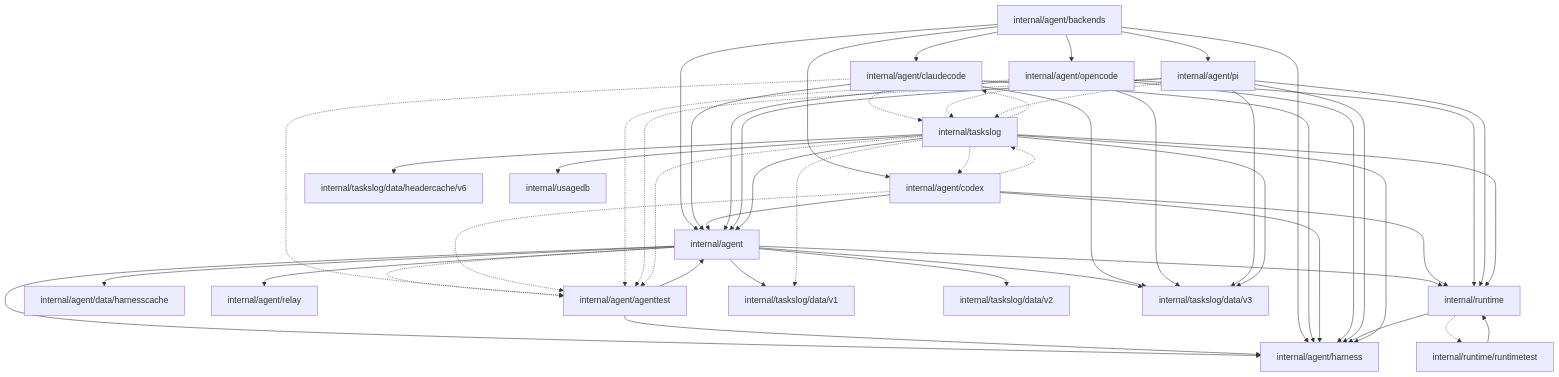
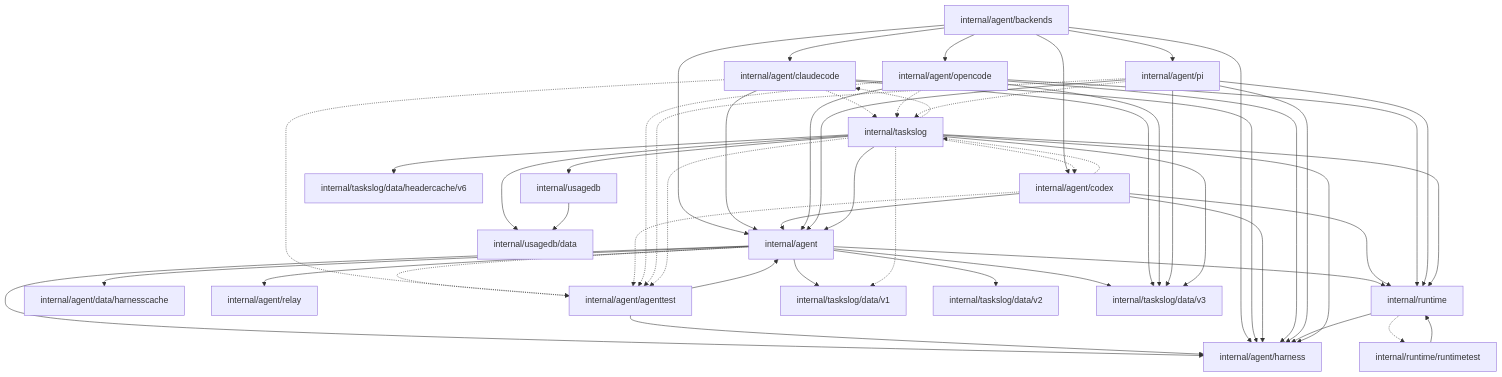
One commit to caic-xyz/caic changed the second of 3 diagrams in backend/docs/ARCHITECTURE.md. Above: the diagram before and after it, drawn with Mermaid. The commit also changed other lines of this file and 37 other files, not shown here.

````diff
--- a/backend/docs/ARCHITECTURE.md
+++ b/backend/docs/ARCHITECTURE.md
@@ -264,73 +273,76 @@
 ```mermaid
 graph TD
   pkg_internal_agent["internal/agent"]
   pkg_internal_agent_agenttest["internal/agent/agenttest"]
   pkg_internal_agent_backends["internal/agent/backends"]
   pkg_internal_agent_claudecode["internal/agent/claudecode"]
   pkg_internal_agent_codex["internal/agent/codex"]
   pkg_internal_agent_data_harnesscache["internal/agent/data/harnesscache"]
   pkg_internal_agent_harness["internal/agent/harness"]
   pkg_internal_agent_opencode["internal/agent/opencode"]
   pkg_internal_agent_pi["internal/agent/pi"]
   pkg_internal_agent_relay["internal/agent/relay"]
   pkg_internal_runtime["internal/runtime"]
   pkg_internal_runtime_runtimetest["internal/runtime/runtimetest"]
   pkg_internal_taskslog["internal/taskslog"]
   pkg_internal_taskslog_data_headercache_v6["internal/taskslog/data/headercache/v6"]
   pkg_internal_taskslog_data_v1["internal/taskslog/data/v1"]
   pkg_internal_taskslog_data_v2["internal/taskslog/data/v2"]
   pkg_internal_taskslog_data_v3["internal/taskslog/data/v3"]
   pkg_internal_usagedb["internal/usagedb"]
+  pkg_internal_usagedb_data["internal/usagedb/data"]
 
   pkg_internal_agent --> pkg_internal_agent_data_harnesscache
   pkg_internal_agent --> pkg_internal_agent_harness
   pkg_internal_agent --> pkg_internal_agent_relay
   pkg_internal_agent --> pkg_internal_runtime
   pkg_internal_agent --> pkg_internal_taskslog_data_v1
   pkg_internal_agent --> pkg_internal_taskslog_data_v2
   pkg_internal_agent --> pkg_internal_taskslog_data_v3
   pkg_internal_agent -.-> pkg_internal_agent_agenttest
   pkg_internal_agent_agenttest --> pkg_internal_agent
   pkg_internal_agent_agenttest --> pkg_internal_agent_harness
   pkg_internal_agent_backends --> pkg_internal_agent
   pkg_internal_agent_backends --> pkg_internal_agent_claudecode
   pkg_internal_agent_backends --> pkg_internal_agent_codex
   pkg_internal_agent_backends --> pkg_internal_agent_harness
   pkg_internal_agent_backends --> pkg_internal_agent_opencode
   pkg_internal_agent_backends --> pkg_internal_agent_pi
   pkg_internal_agent_claudecode --> pkg_internal_agent
   pkg_internal_agent_claudecode --> pkg_internal_agent_harness
   pkg_internal_agent_claudecode --> pkg_internal_taskslog_data_v3
   pkg_internal_agent_claudecode -.-> pkg_internal_agent_agenttest
   pkg_internal_agent_claudecode -.-> pkg_internal_taskslog
   pkg_internal_agent_codex --> pkg_internal_agent
   pkg_internal_agent_codex --> pkg_internal_agent_harness
   pkg_internal_agent_codex --> pkg_internal_runtime
   pkg_internal_agent_codex -.-> pkg_internal_agent_agenttest
   pkg_internal_agent_codex -.-> pkg_internal_taskslog
   pkg_internal_agent_opencode --> pkg_internal_agent
   pkg_internal_agent_opencode --> pkg_internal_agent_harness
   pkg_internal_agent_opencode --> pkg_internal_runtime
   pkg_internal_agent_opencode --> pkg_internal_taskslog_data_v3
   pkg_internal_agent_opencode -.-> pkg_internal_agent_agenttest
   pkg_internal_agent_opencode -.-> pkg_internal_taskslog
   pkg_internal_agent_pi --> pkg_internal_agent
   pkg_internal_agent_pi --> pkg_internal_agent_harness
   pkg_internal_agent_pi --> pkg_internal_runtime
   pkg_internal_agent_pi --> pkg_internal_taskslog_data_v3
   pkg_internal_agent_pi -.-> pkg_internal_agent_agenttest
   pkg_internal_agent_pi -.-> pkg_internal_taskslog
   pkg_internal_runtime --> pkg_internal_agent_harness
   pkg_internal_runtime -.-> pkg_internal_runtime_runtimetest
   pkg_internal_runtime_runtimetest --> pkg_internal_runtime
   pkg_internal_taskslog --> pkg_internal_agent
   pkg_internal_taskslog --> pkg_internal_agent_harness
   pkg_internal_taskslog --> pkg_internal_runtime
   pkg_internal_taskslog --> pkg_internal_taskslog_data_headercache_v6
   pkg_internal_taskslog --> pkg_internal_taskslog_data_v3
   pkg_internal_taskslog --> pkg_internal_usagedb
+  pkg_internal_taskslog --> pkg_internal_usagedb_data
   pkg_internal_taskslog -.-> pkg_internal_agent_agenttest
   pkg_internal_taskslog -.-> pkg_internal_agent_claudecode
   pkg_internal_taskslog -.-> pkg_internal_agent_codex
   pkg_internal_taskslog -.-> pkg_internal_taskslog_data_v1
+  pkg_internal_usagedb --> pkg_internal_usagedb_data
 ```
````
